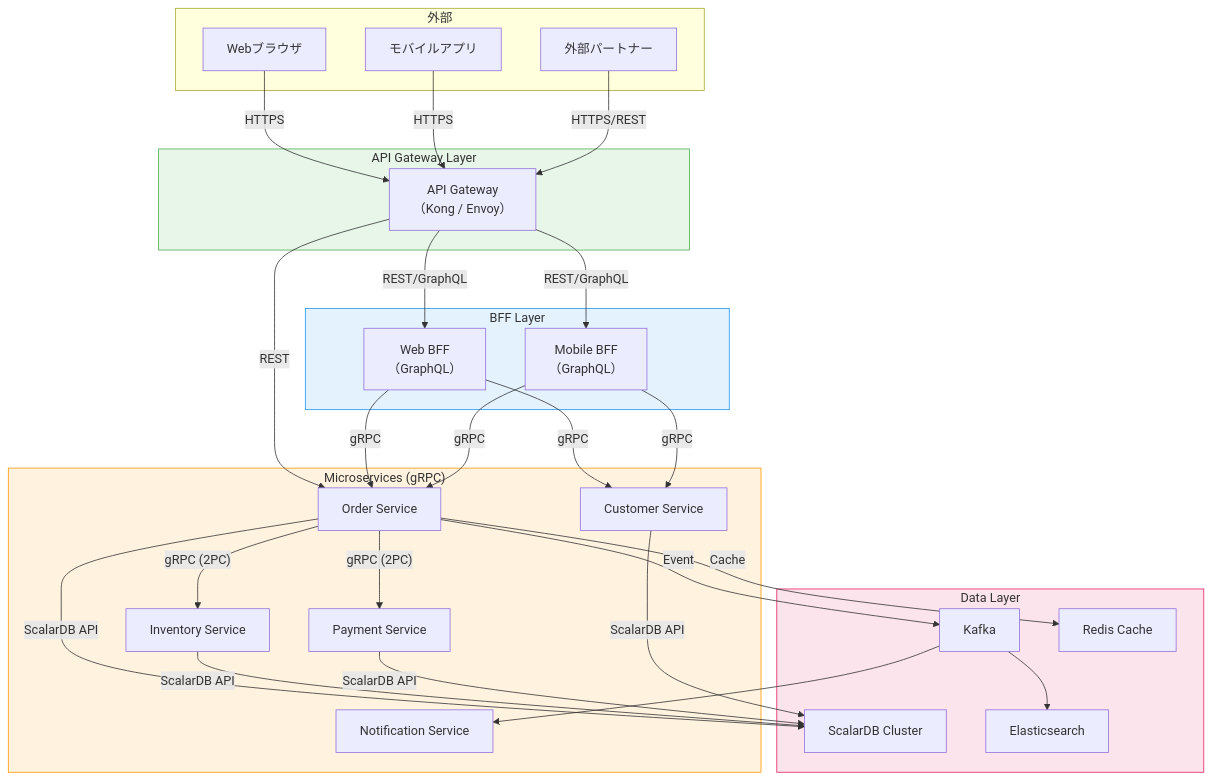
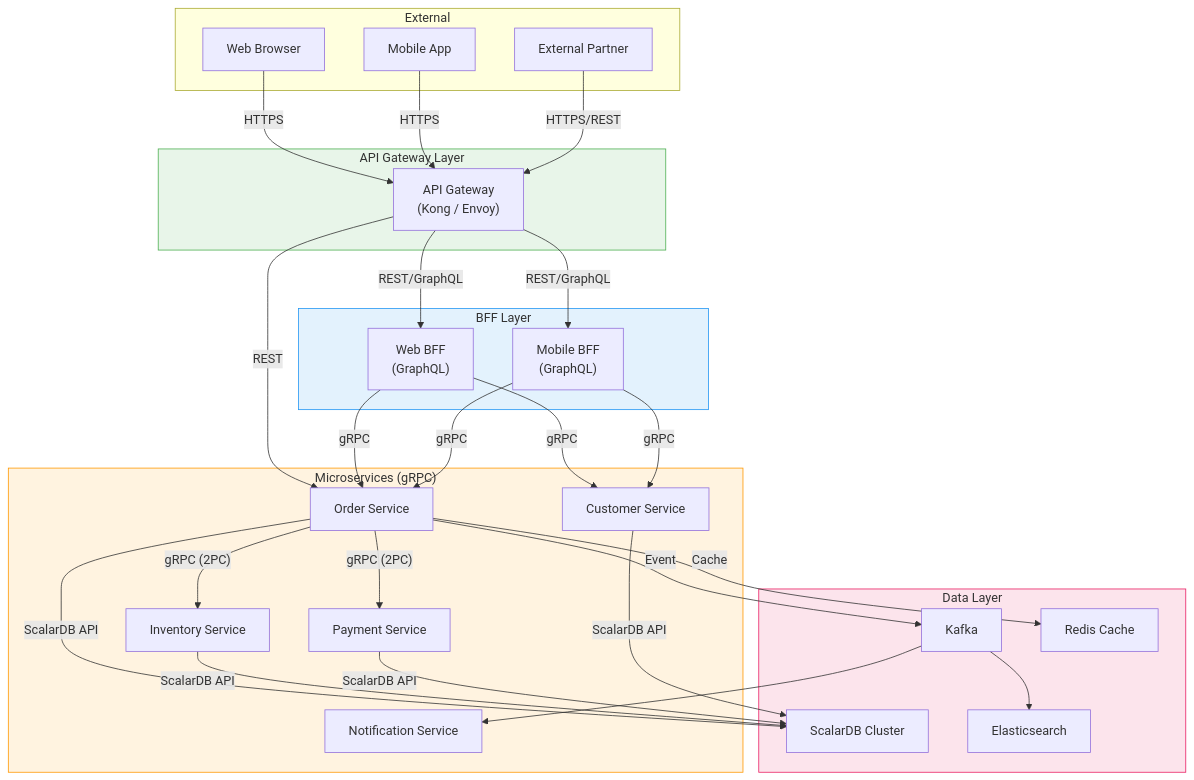
Before and after one commit to wfukatsu/nexus-architect: the sixth of 6 diagrams in workflow/greenfield/06_api_interface_design.md, drawn with Mermaid. The commit also changed other lines of this file and 6 other files, not shown here.

````diff
--- a/workflow/greenfield/06_api_interface_design.md
+++ b/workflow/greenfield/06_api_interface_design.md
@@ -425,64 +425,64 @@
 ```mermaid
 flowchart TD
-    subgraph External["外部"]
-        Web["Webブラウザ"]
-        Mobile["モバイルアプリ"]
-        Partner["外部パートナー"]
+    subgraph External["External"]
+        Web["Web Browser"]
+        Mobile["Mobile App"]
+        Partner["External Partner"]
     end
 
     subgraph Gateway["API Gateway Layer"]
-        GW["API Gateway\n（Kong / Envoy）"]
+        GW["API Gateway\n(Kong / Envoy)"]
     end
 
     subgraph BFFLayer["BFF Layer"]
-        WebBFF["Web BFF\n（GraphQL）"]
-        MobileBFF["Mobile BFF\n（GraphQL）"]
+        WebBFF["Web BFF\n(GraphQL)"]
+        MobileBFF["Mobile BFF\n(GraphQL)"]
     end
 
     subgraph Services["Microservices (gRPC)"]
         OrderSvc["Order Service"]
         InventorySvc["Inventory Service"]
         PaymentSvc["Payment Service"]
         CustomerSvc["Customer Service"]
         NotifySvc["Notification Service"]
     end
 
     subgraph Data["Data Layer"]
         ScalarDB["ScalarDB Cluster"]
         Kafka["Kafka"]
         Redis["Redis Cache"]
         ES["Elasticsearch"]
     end
 
     Web -->|"HTTPS"| GW
     Mobile -->|"HTTPS"| GW
     Partner -->|"HTTPS/REST"| GW
 
     GW -->|"REST/GraphQL"| WebBFF
     GW -->|"REST/GraphQL"| MobileBFF
     GW -->|"REST"| OrderSvc
 
     WebBFF -->|"gRPC"| OrderSvc
     WebBFF -->|"gRPC"| CustomerSvc
     MobileBFF -->|"gRPC"| OrderSvc
     MobileBFF -->|"gRPC"| CustomerSvc
 
     OrderSvc -->|"gRPC (2PC)"| InventorySvc
     OrderSvc -->|"gRPC (2PC)"| PaymentSvc
     OrderSvc -->|"Event"| Kafka
 
     Kafka --> NotifySvc
     Kafka --> ES
 
     OrderSvc -->|"ScalarDB API"| ScalarDB
     InventorySvc -->|"ScalarDB API"| ScalarDB
     PaymentSvc -->|"ScalarDB API"| ScalarDB
     CustomerSvc -->|"ScalarDB API"| ScalarDB
 
     OrderSvc -->|"Cache"| Redis
 
     style Gateway fill:#e8f5e9,stroke:#4caf50
     style BFFLayer fill:#e3f2fd,stroke:#2196f3
     style Services fill:#fff3e0,stroke:#ff9800
     style Data fill:#fce4ec,stroke:#e91e63
 ```
````
